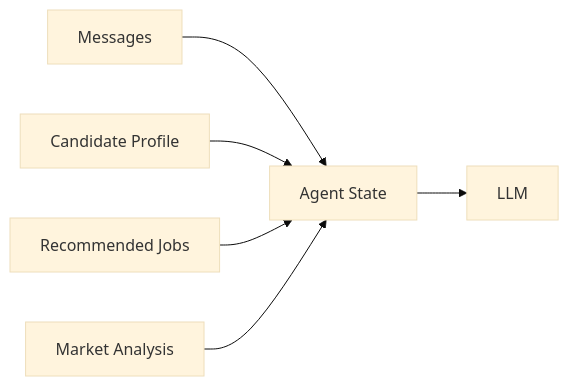
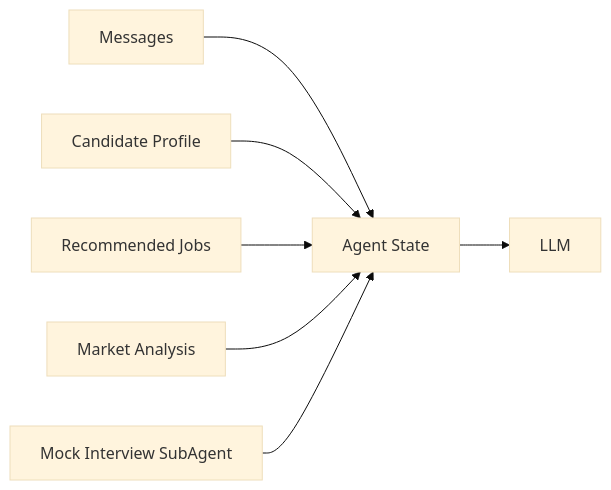
Before and after one commit to Rishu2905/candidate-ai-portal: the fifth of 7 diagrams in README.md, drawn with Mermaid (base theme). The commit also changed other lines of this file and 8 other files, not shown here.

Commit message:
Interview SubAgent Ready

````diff
--- a/README.md
+++ b/README.md
@@ -138,20 +138,23 @@
 ```mermaid
 flowchart LR
 
     Messages["Messages"]
 
     Candidate["Candidate Profile"]
 
     Jobs["Recommended Jobs"]
 
     Market["Market Analysis"]
 
+    SubAgent["Mock Interview SubAgent"]
+
     Memory["Agent State"]
 
     Messages --> Memory
     Candidate --> Memory
     Jobs --> Memory
     Market --> Memory
+    SubAgent --> Memory
 
     Memory --> LLM
 ```
````
